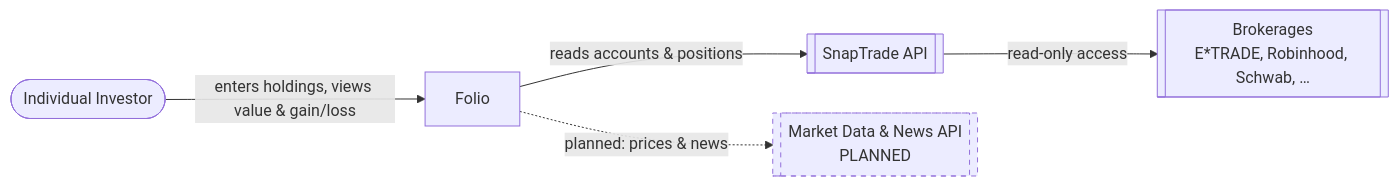
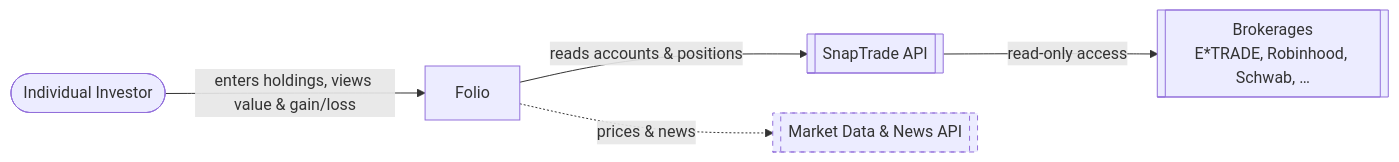
Before and after one commit to dquin144/cen5064-project-quinones: the first of 5 diagrams in README.md, drawn with Mermaid. The commit also changed other lines of this file, not shown here.

Commit message:
Show planned parts with dashes only; drop the news risk

````diff
--- a/README.md
+++ b/README.md
@@ -99,11 +99,11 @@
 ```mermaid
 %%{init: {'flowchart': {'nodeSpacing': 40, 'rankSpacing': 60, 'curve': 'basis'}}}%%
 flowchart LR
     user([Individual Investor]) -->|enters holdings, views value & gain/loss| system[Folio]
     system -->|reads accounts & positions| snaptrade[[SnapTrade API]]
     snaptrade -->|read-only access| brokerages[[Brokerages<br/>E*TRADE, Robinhood, Schwab, …]]
-    system -.->|planned: prices & news| market[[Market Data & News API<br/>PLANNED]]
+    system -.->|prices & news| market[[Market Data & News API]]
 
     classDef planned stroke-dasharray: 5 5
     class market planned
 ```
````
